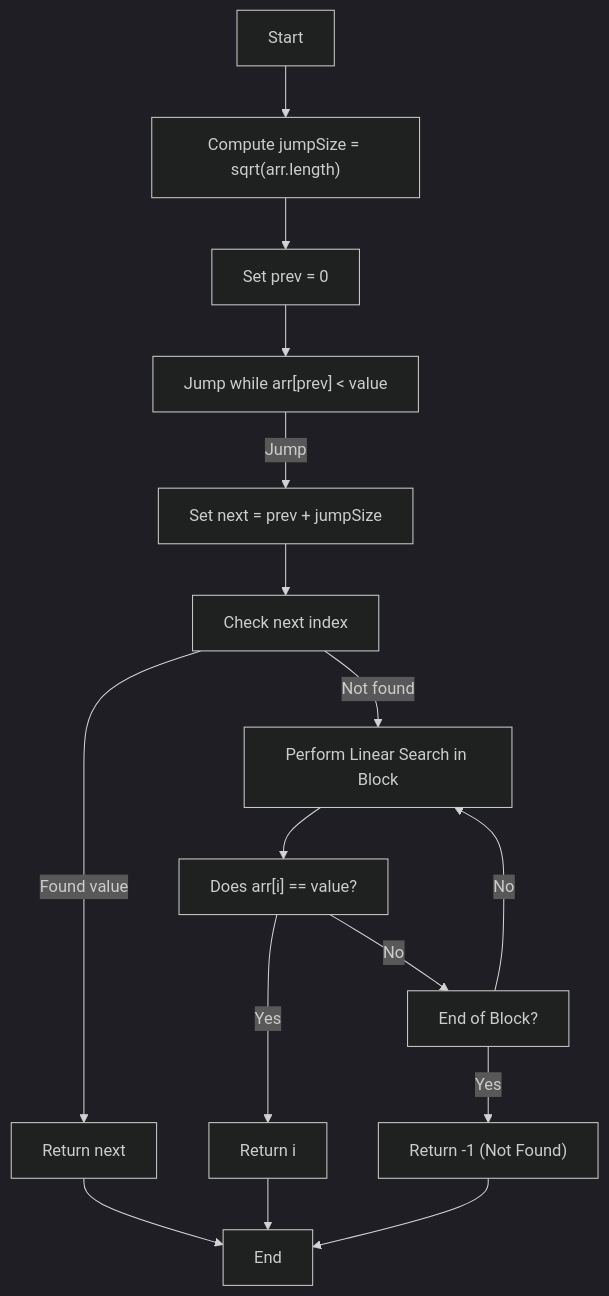
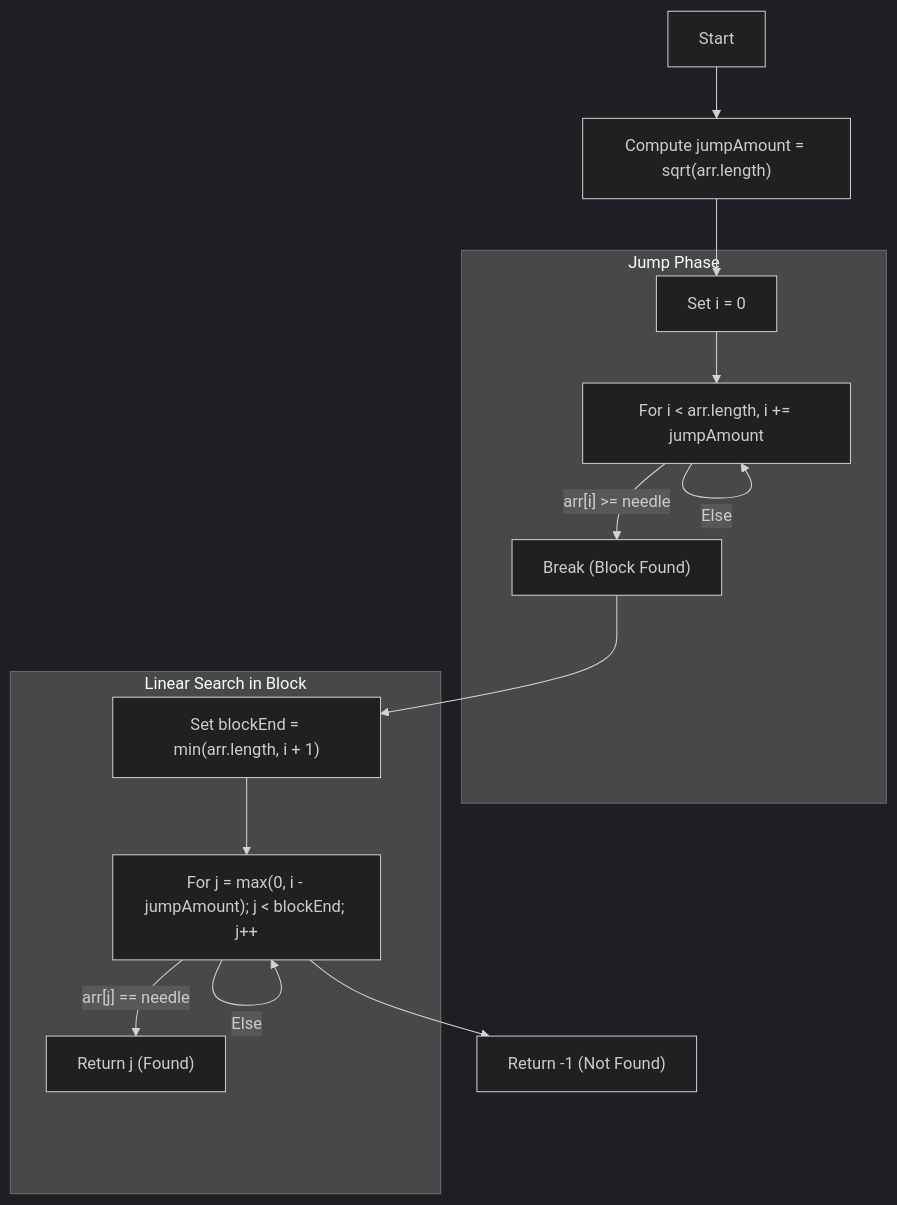
Before and after one commit to priyanshu-bharti/notes-workflow: the second of 4 diagrams in dsa/concepts/searching-algos.md, drawn with Mermaid (dark theme). The commit also changed other lines of this file and 3 other files, not shown here.

````diff
--- a/dsa/concepts/searching-algos.md
+++ b/dsa/concepts/searching-algos.md
@@ -81,23 +85,21 @@
 ```mermaid
 graph TD;
-    A["Start"] --> B["Compute jumpSize = sqrt(arr.length)"];
-    B --> C["Set prev = 0"];
+    A["Start"] --> B["Compute jumpAmount = sqrt(arr.length)"]
+    B --> C["Set i = 0"]
 
-    C --> D["Jump while arr[prev] < value"];
-    D -->|Jump| E["Set next = prev + jumpSize"];
-    E --> F["Check next index"];
+    subgraph "Jump Phase"
+        C --> D["For i < arr.length, i += jumpAmount"]
+        D -->|"arr[i] >= needle"| E["Break (Block Found)"]
+        D -->|Else| D
+    end
 
-    F -->|Found value| G["Return next"];
-    F -->|Not found| H["Perform Linear Search in Block"];
+    E --> F["Set blockEnd = min(arr.length, i + 1)"]
 
-    H --> I["Does arr[i] == value?"];
-    I -->|Yes| J["Return i"];
-    I -->|No| K["End of Block?"];
-    K -->|Yes| L["Return -1 (Not Found)"];
-    K -->|No| H;
+    subgraph "Linear Search in Block"
+        F --> G["For j = max(0, i - jumpAmount); j < blockEnd; j++"]
+        G -->|"arr[j] == needle"| H["Return j (Found)"]
+        G -->|Else| G
+    end
 
-    G --> End["End"];
-    J --> End;
-    L --> End;
-
+    G --> I["Return -1 (Not Found)"]
 ```
````
